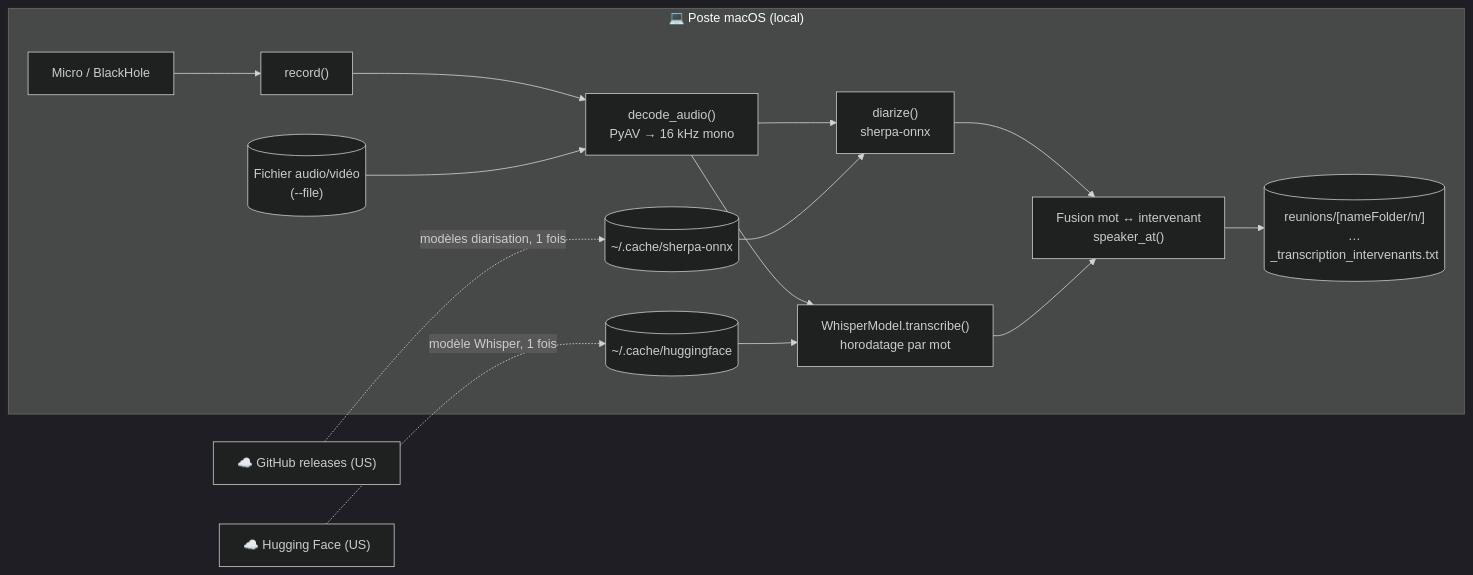
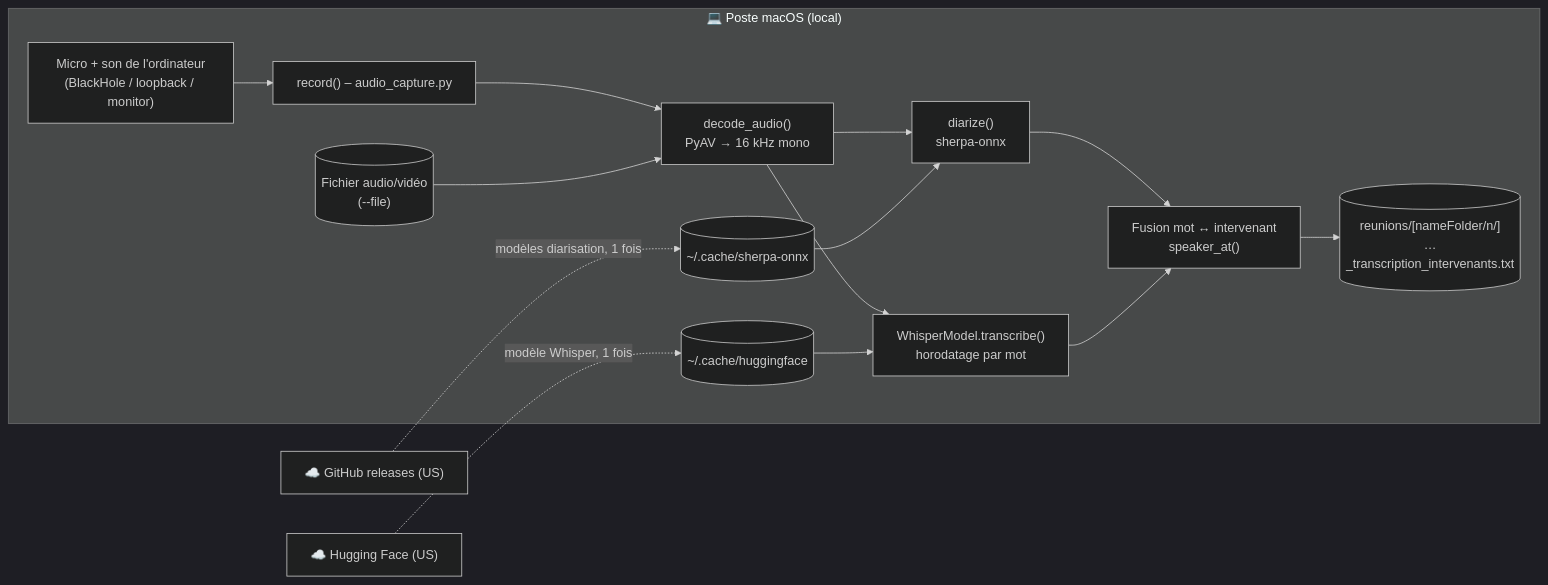
Before and after one commit to AubinCambier/local-meeting-transcriber: the diagram in docs/architecture-meeting-whisper-final.md, drawn with Mermaid (dark theme). The commit also changed other lines of this file and 9 other files, not shown here.

````diff
--- a/docs/architecture-meeting-whisper-final.md
+++ b/docs/architecture-meeting-whisper-final.md
@@ -32,24 +32,24 @@
 ```mermaid
 flowchart LR
     subgraph Poste["💻 Poste macOS (local)"]
-        MIC["Micro / BlackHole"]
+        MIC["Micro + son de l'ordinateur<br/>(BlackHole / loopback / monitor)"]
         FILE[("Fichier audio/vidéo<br/>(--file)")]
-        REC["record()"]
+        REC["record() – audio_capture.py"]
         DEC["decode_audio()<br/>PyAV → 16 kHz mono"]
         DIA["diarize()<br/>sherpa-onnx"]
         STT["WhisperModel.transcribe()<br/>horodatage par mot"]
         MERGE["Fusion mot ↔ intervenant<br/>speaker_at()"]
         OUT[("reunions/[nameFolder/n/]<br/>…_transcription_intervenants.txt")]
         C1[("~/.cache/huggingface")]
         C2[("~/.cache/sherpa-onnx")]
     end
     HF["☁️ Hugging Face (US)"]
     GH["☁️ GitHub releases (US)"]
 
     MIC --> REC --> DEC
     FILE --> DEC
     DEC --> DIA --> MERGE
     DEC --> STT --> MERGE --> OUT
     HF -. "modèle Whisper, 1 fois" .-> C1 --> STT
     GH -. "modèles diarisation, 1 fois" .-> C2 --> DIA
 ```
````
